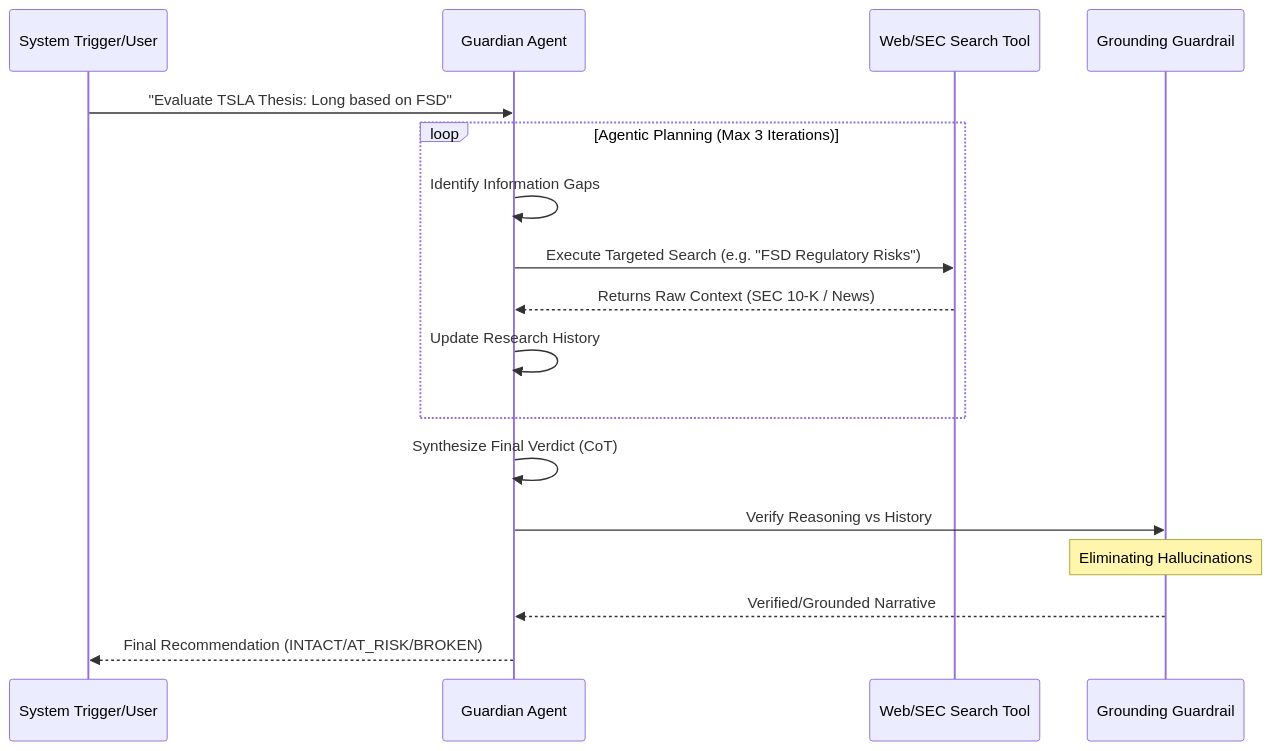
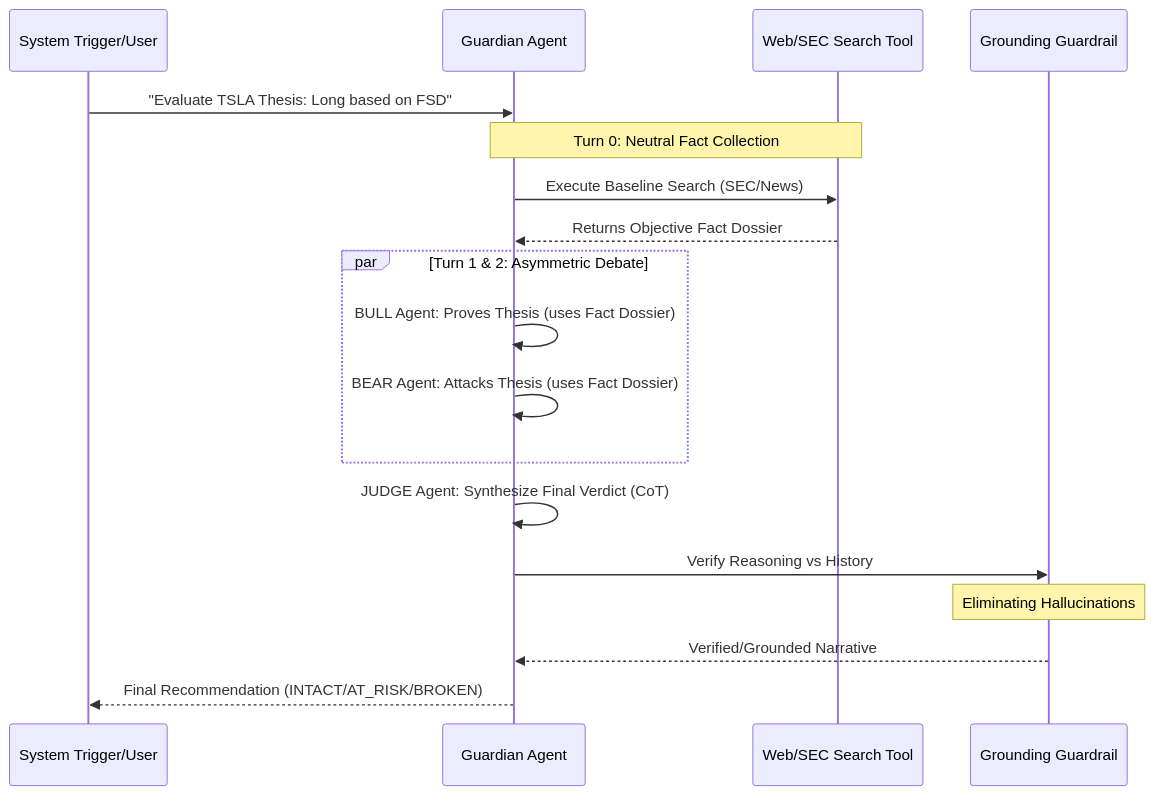
One commit to vinayakm-93/vinsight changed the fourth of 6 diagrams in docs/Vinsight_Technical_Specification.md. Above: the diagram before and after it, drawn with Mermaid. The commit also changed other lines of this file and 25 other files, not shown here.

````diff
--- a/docs/Vinsight_Technical_Specification.md
+++ b/docs/Vinsight_Technical_Specification.md
@@ -169,22 +169,24 @@
 ```mermaid
 sequenceDiagram
     participant Trigger as System Trigger/User
     participant Agent as Guardian Agent
     participant Web as Web/SEC Search Tool
     participant Ground as Grounding Guardrail
     
     Trigger->>Agent: "Evaluate TSLA Thesis: Long based on FSD"
     
-    loop Agentic Planning (Max 3 Iterations)
-        Agent->>Agent: Identify Information Gaps
-        Agent->>Web: Execute Targeted Search (e.g. "FSD Regulatory Risks")
-        Web-->>Agent: Returns Raw Context (SEC 10-K / News)
-        Agent->>Agent: Update Research History
+    Note over Agent, Web: Turn 0: Neutral Fact Collection
+    Agent->>Web: Execute Baseline Search (SEC/News)
+    Web-->>Agent: Returns Objective Fact Dossier
+    
+    par Turn 1 & 2: Asymmetric Debate
+        Agent->>Agent: BULL Agent: Proves Thesis (uses Fact Dossier)
+        Agent->>Agent: BEAR Agent: Attacks Thesis (uses Fact Dossier)
     end
     
-    Agent->>Agent: Synthesize Final Verdict (CoT)
+    Agent->>Agent: JUDGE Agent: Synthesize Final Verdict (CoT)
     Agent->>Ground: Verify Reasoning vs History
     Note over Ground: Eliminating Hallucinations
     Ground-->>Agent: Verified/Grounded Narrative
     Agent-->>Trigger: Final Recommendation (INTACT/AT_RISK/BROKEN)
 ```
````
